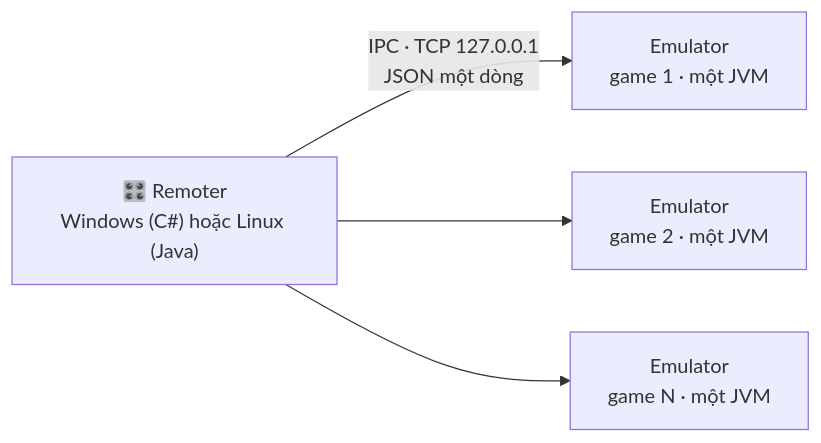
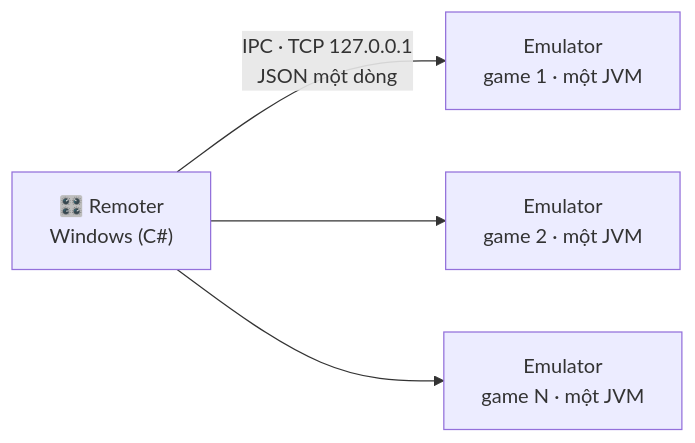
Before and after one commit to Kidtomboy/Che779-Emulator: the diagram in README.md, drawn with Mermaid. The commit also changed other lines of this file and 34 other files, not shown here.

Commit message:
v1.3.0: repo chỉ Windows; Remoter Linux chuyển sang Che779-Linux; release build trên Windows + SHA256SUMS

````diff
--- a/README.md
+++ b/README.md
@@ -162,6 +133,6 @@
 ```mermaid
 flowchart LR
-    R["🎛️ Remoter<br/>Windows (C#) hoặc Linux (Java)"] -- "IPC · TCP 127.0.0.1<br/>JSON một dòng" --> E1["Emulator<br/>game 1 · một JVM"]
+    R["🎛️ Remoter<br/>Windows (C#)"] -- "IPC · TCP 127.0.0.1<br/>JSON một dòng" --> E1["Emulator<br/>game 1 · một JVM"]
     R --> E2["Emulator<br/>game 2 · một JVM"]
     R --> E3["Emulator<br/>game N · một JVM"]
 ```
````
